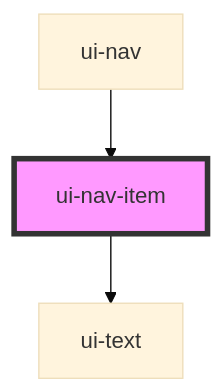
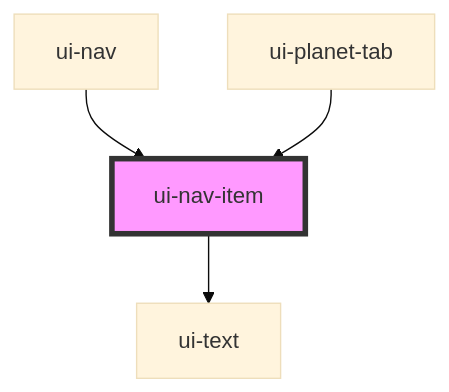
One commit to rosalesponcer/space-tourism changed the diagram in packages/core-components/src/components/molecules/ui-nav-item/readme.md. Above: the diagram before and after it, drawn with Mermaid (base theme). The commit also changed other lines of this file and 68 other files, not shown here.

````diff
--- a/packages/core-components/src/components/molecules/ui-nav-item/readme.md
+++ b/packages/core-components/src/components/molecules/ui-nav-item/readme.md
@@ -27,6 +31,7 @@
 ```mermaid
 graph TD;
   ui-nav-item --> ui-text
   ui-nav --> ui-nav-item
+  ui-planet-tab --> ui-nav-item
   style ui-nav-item fill:#f9f,stroke:#333,stroke-width:4px
 ```
````
